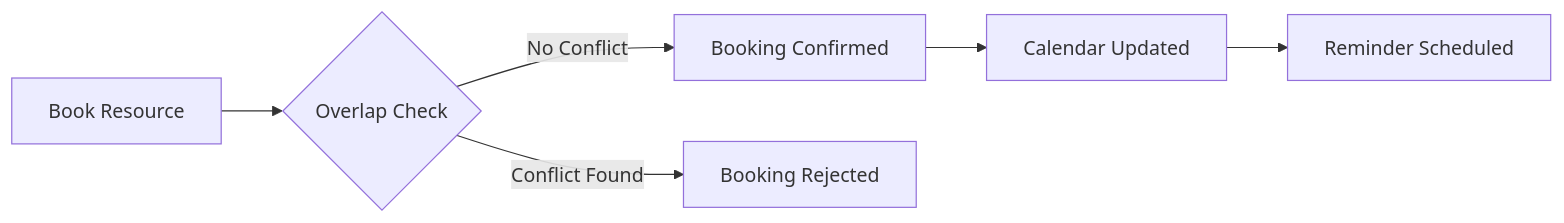
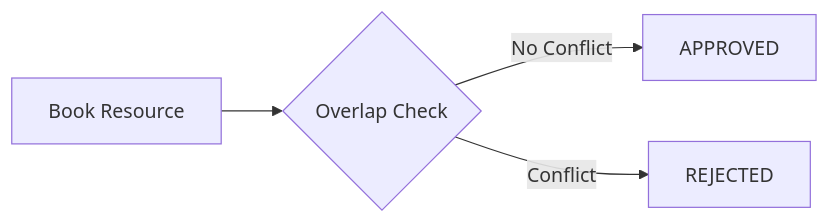
Before and after one commit to Shubham-997800/assetrix: the fourth of 6 diagrams in README.md, drawn with Mermaid. The commit also changed other lines of this file and 15 other files, not shown here.

````diff
--- a/README.md
+++ b/README.md
@@ -458,8 +240,6 @@
 ```mermaid
 graph LR
     A[Book Resource] --> B{Overlap Check}
-    B -->|No Conflict| C[Booking Confirmed]
-    B -->|Conflict Found| D[Booking Rejected]
-    C --> E[Calendar Updated]
-    E --> F[Reminder Scheduled]
+    B -->|No Conflict| C[APPROVED]
+    B -->|Conflict| D[REJECTED]
 ```
````
